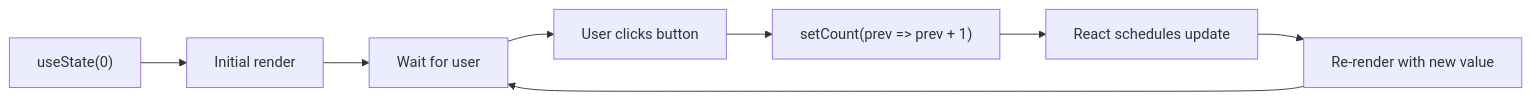
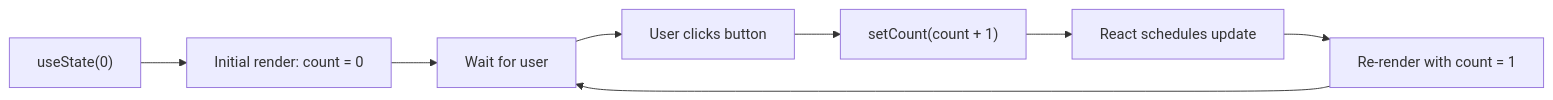
Before and after one commit to BabaScience/react-guides: the sixth of 10 diagrams in arguments/chapters/01-fundamentals.md, drawn with Mermaid. The commit also changed other lines of this file and 46 other files, not shown here.

````diff
--- a/arguments/chapters/01-fundamentals.md
+++ b/arguments/chapters/01-fundamentals.md
@@ -430,10 +622,10 @@
 ```mermaid
 graph LR
-    Init["useState(0)"] --> Render1[Initial render]
+    Init["useState(0)"] --> Render1[Initial render: count = 0]
     Render1 --> Idle[Wait for user]
     Idle --> Click[User clicks button]
-    Click --> Set["setCount(prev =&gt; prev + 1)"]
+    Click --> Set["setCount(count + 1)"]
     Set --> Schedule[React schedules update]
-    Schedule --> Render2[Re-render with new value]
+    Schedule --> Render2[Re-render with count = 1]
     Render2 --> Idle
 ```
````
